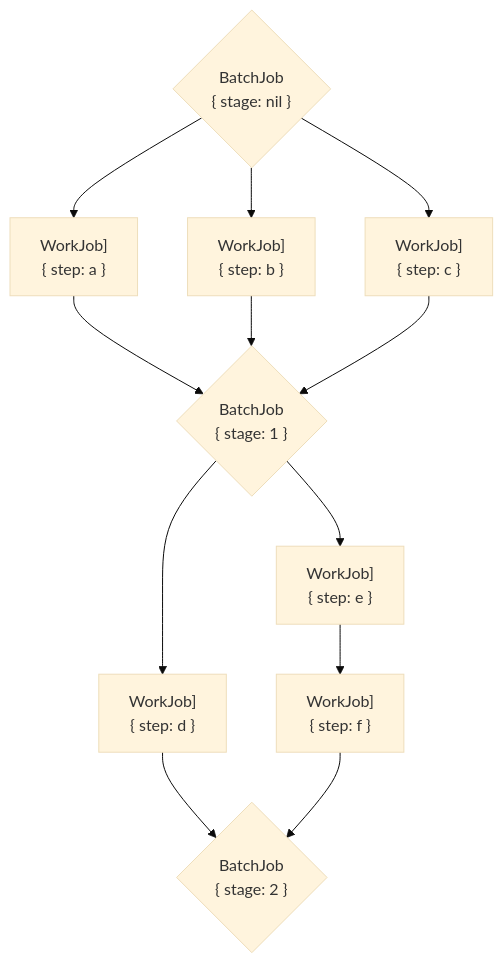
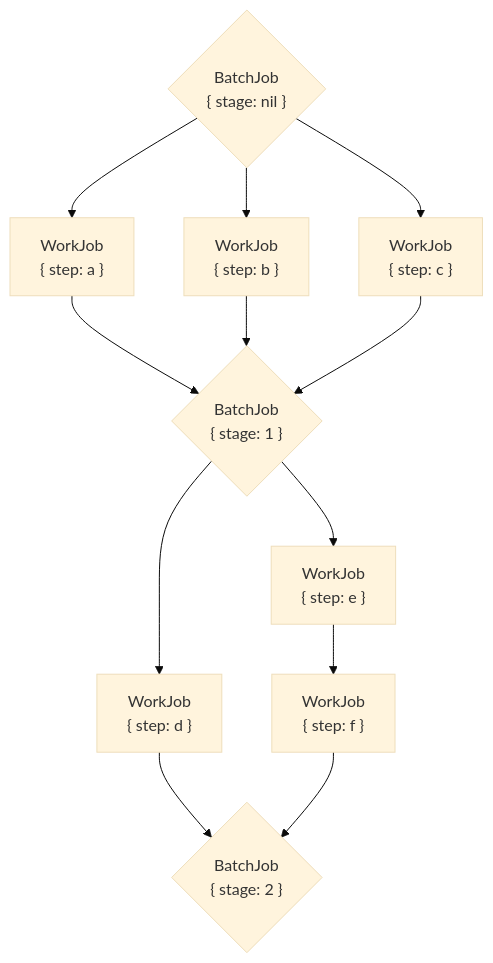
One commit to olitreadwell/good_job changed the diagram in README.md. Above: the diagram before and after it, drawn with Mermaid (base theme). The commit also changed other lines of this file and 2 other files, not shown here.

````diff
--- a/README.md
+++ b/README.md
@@ -858,17 +858,17 @@
 ```mermaid
 graph TD
     0{"BatchJob\n{ stage: nil }"}
-    0 --> a["WorkJob]\n{ step: a }"]
-    0 --> b["WorkJob]\n{ step: b }"]
-    0 --> c["WorkJob]\n{ step: c }"]
+    0 --> a["WorkJob\n{ step: a }"]
+    0 --> b["WorkJob\n{ step: b }"]
+    0 --> c["WorkJob\n{ step: c }"]
     a --> 1
     b --> 1
     c --> 1
     1{"BatchJob\n{ stage: 1 }"}
-    1 --> d["WorkJob]\n{ step: d }"]
-    1 --> e["WorkJob]\n{ step: e }"]
-    e --> f["WorkJob]\n{ step: f }"]
+    1 --> d["WorkJob\n{ step: d }"]
+    1 --> e["WorkJob\n{ step: e }"]
+    e --> f["WorkJob\n{ step: f }"]
     d --> 2
     f --> 2
     2{"BatchJob\n{ stage: 2 }"}
 ```
````
